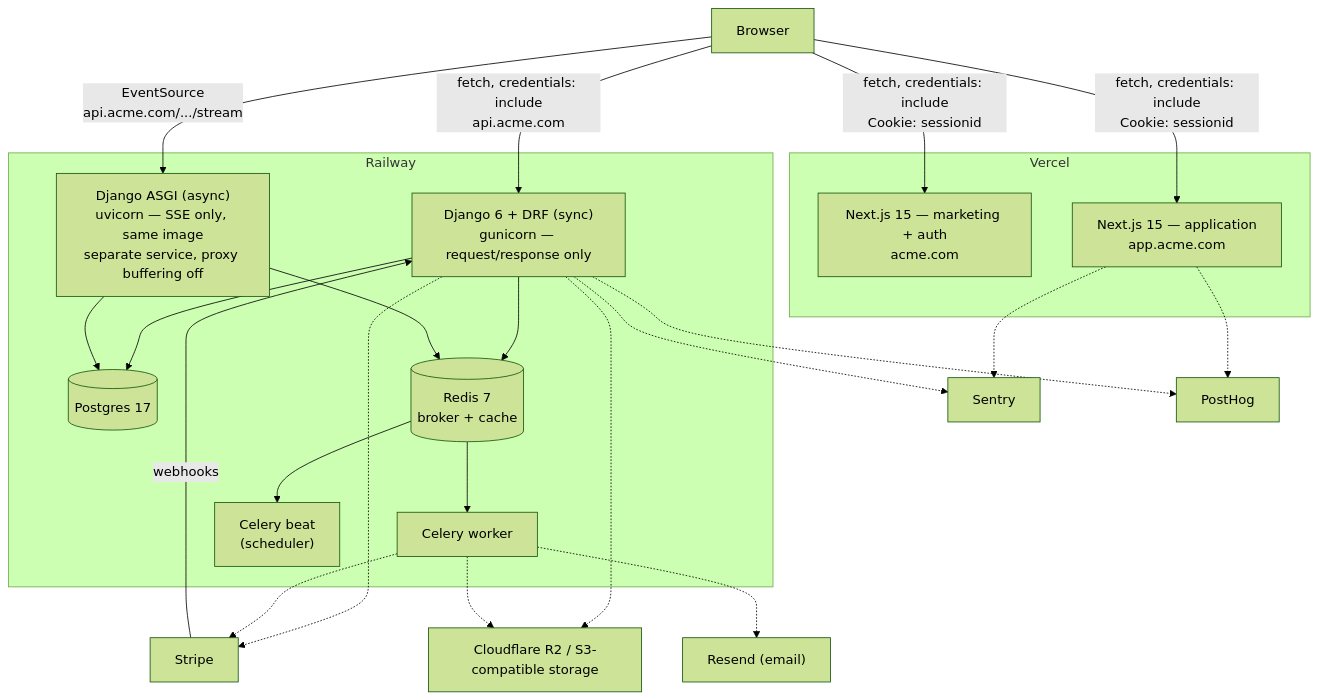
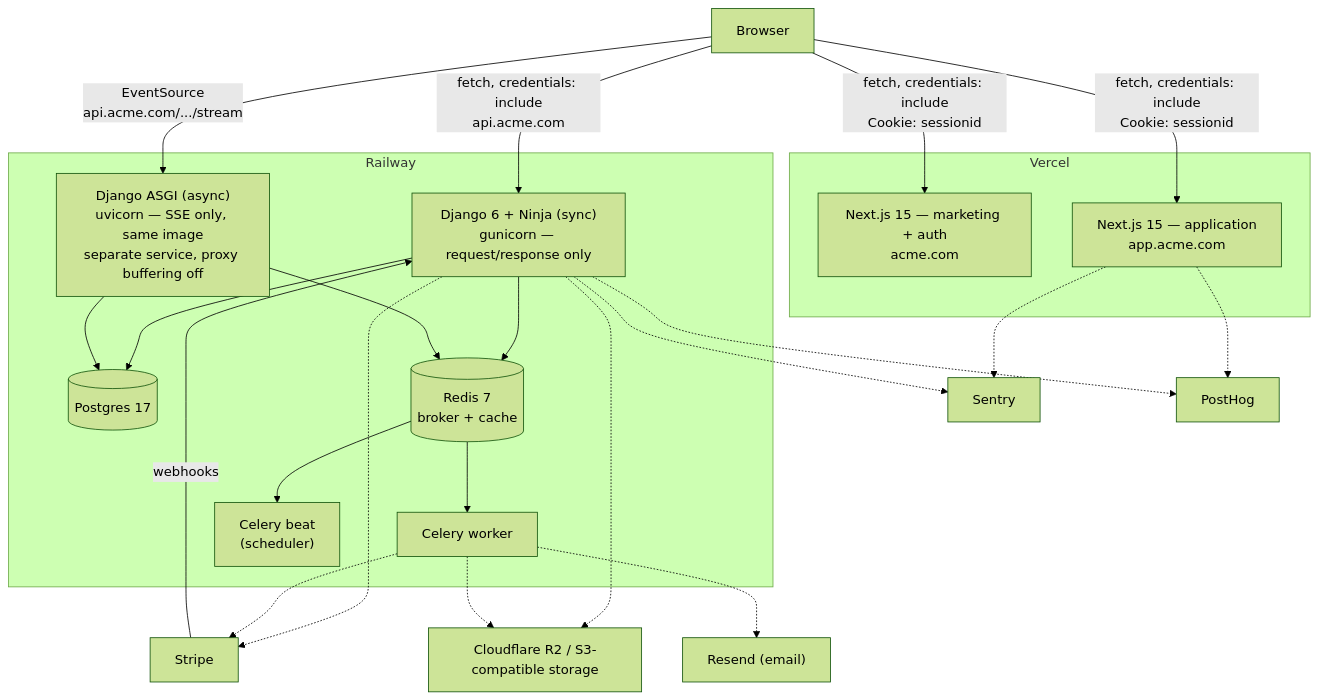
Before and after one commit to oliversignorini/keel: the diagram in docs/diagrams/system.md, drawn with Mermaid (forest theme). The commit also changed 7 other files, not shown here.

````diff
--- a/docs/diagrams/system.md
+++ b/docs/diagrams/system.md
@@ -7,48 +7,48 @@
 ```mermaid
 flowchart TB
     subgraph vercel["Vercel"]
         marketing["Next.js 15 — marketing + auth<br/>acme.com"]
         appui["Next.js 15 — application<br/>app.acme.com"]
     end
 
     browser["Browser"]
     stripe["Stripe"]
     resend["Resend (email)"]
     r2["Cloudflare R2 / S3-compatible storage"]
     sentry["Sentry"]
     posthog["PostHog"]
 
     subgraph railway["Railway"]
-        api["Django 6 + DRF (sync)<br/>gunicorn — request/response only"]
+        api["Django 6 + Ninja (sync)<br/>gunicorn — request/response only"]
         sse["Django ASGI (async)<br/>uvicorn — SSE only, same image<br/>separate service, proxy buffering off"]
         postgres[("Postgres 17")]
         redis[("Redis 7<br/>broker + cache")]
         worker["Celery worker"]
         beat["Celery beat<br/>(scheduler)"]
     end
 
     browser -- "fetch, credentials: include<br/>Cookie: sessionid" --> marketing
     browser -- "fetch, credentials: include<br/>Cookie: sessionid" --> appui
     browser -- "fetch, credentials: include<br/>api.acme.com" --> api
     browser -- "EventSource<br/>api.acme.com/.../stream" --> sse
 
     stripe -- webhooks --> api
 
     api --> postgres
     sse --> postgres
     api --> redis
     sse --> redis
     redis --> worker
     redis --> beat
 
     api -.-> stripe
     worker -.-> stripe
     worker -.-> resend
     api -.-> r2
     worker -.-> r2
 
     api -.-> sentry
     appui -.-> sentry
     api -.-> posthog
     appui -.-> posthog
 ```
````
